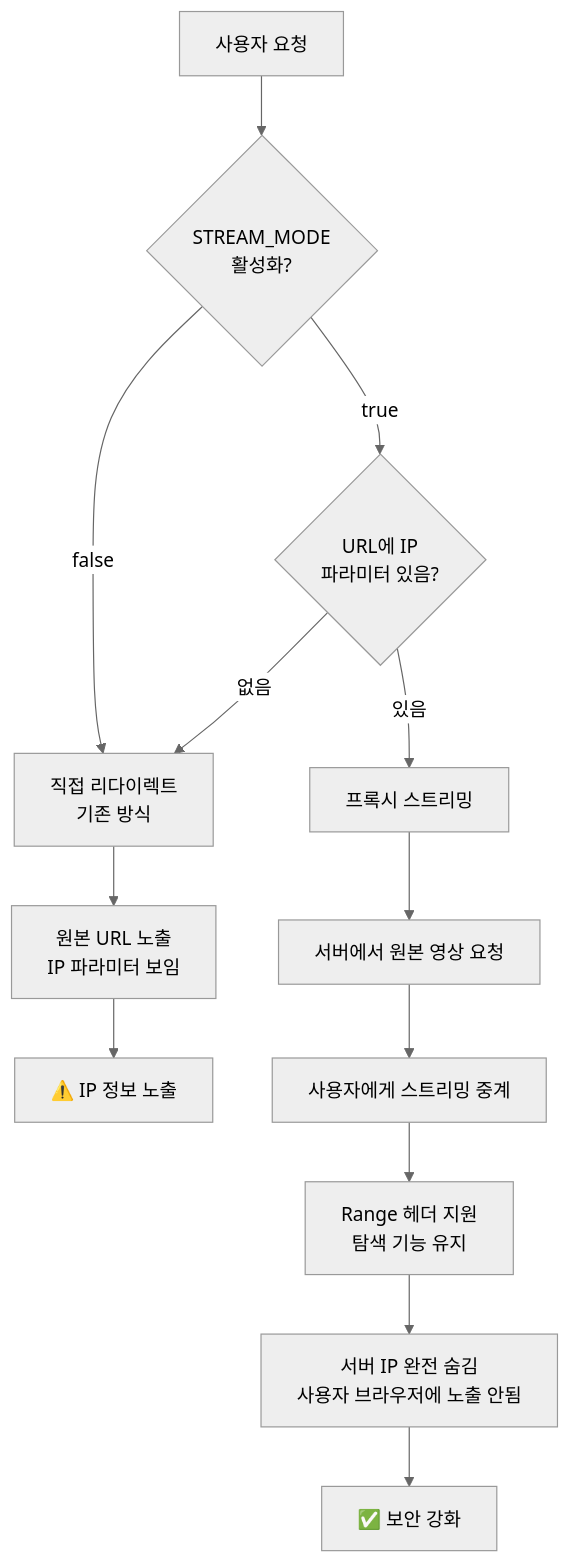
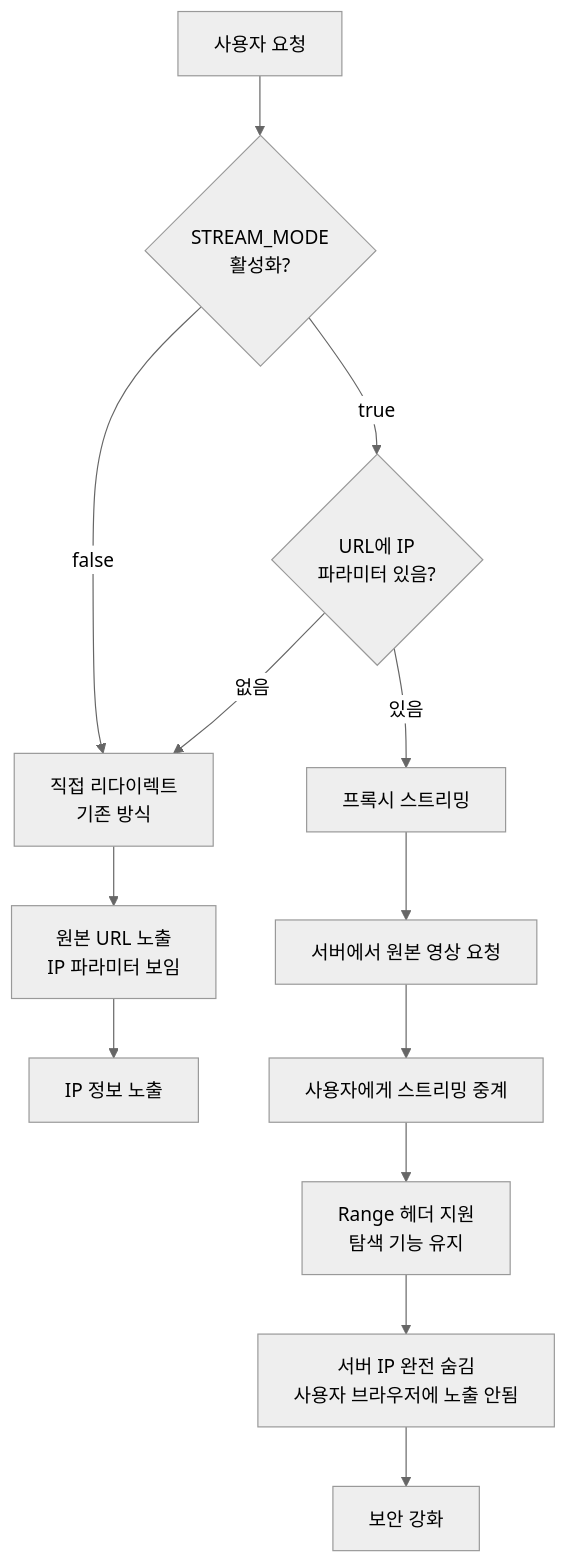
The fifth of 6 diagrams in README.md (raphaelIl/dl-test), drawn with Mermaid (neutral theme) before and after one commit. The commit also changed other lines of this file, not shown here.

````diff
--- a/README.md
+++ b/README.md
@@ -408,20 +409,20 @@
 ```mermaid
 flowchart TD
     USER[사용자 요청] --> CHECK_MODE{STREAM_MODE<br/>활성화?}
     
     CHECK_MODE -->|false| DIRECT[직접 리다이렉트<br/>기존 방식]
     CHECK_MODE -->|true| CHECK_IP{URL에 IP<br/>파라미터 있음?}
     
     CHECK_IP -->|없음| DIRECT
     CHECK_IP -->|있음| PROXY[프록시 스트리밍]
     
     PROXY --> FETCH[서버에서 원본 영상 요청]
     FETCH --> STREAM[사용자에게 스트리밍 중계]
     
     STREAM --> HEADERS[Range 헤더 지원<br/>탐색 기능 유지]
     HEADERS --> HIDE_IP[서버 IP 완전 숨김<br/>사용자 브라우저에 노출 안됨]
     
     DIRECT --> EXPOSE_IP[원본 URL 노출<br/>IP 파라미터 보임]
-    HIDE_IP --> SECURE[✅ 보안 강화]
-    EXPOSE_IP --> VISIBLE[⚠️ IP 정보 노출]
+    HIDE_IP --> SECURE[보안 강화]
+    EXPOSE_IP --> VISIBLE[IP 정보 노출]
 ```
````
